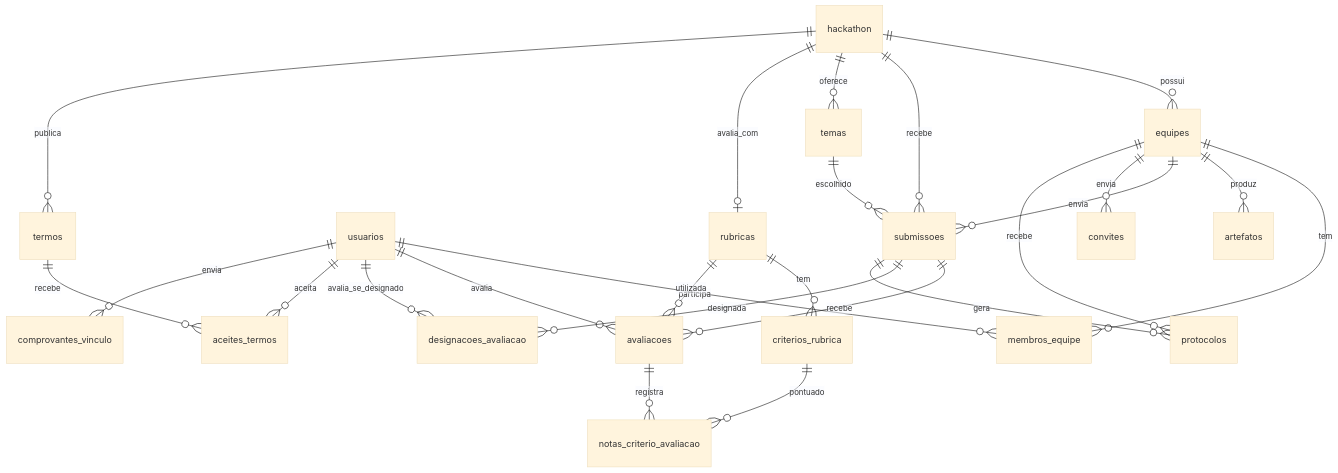
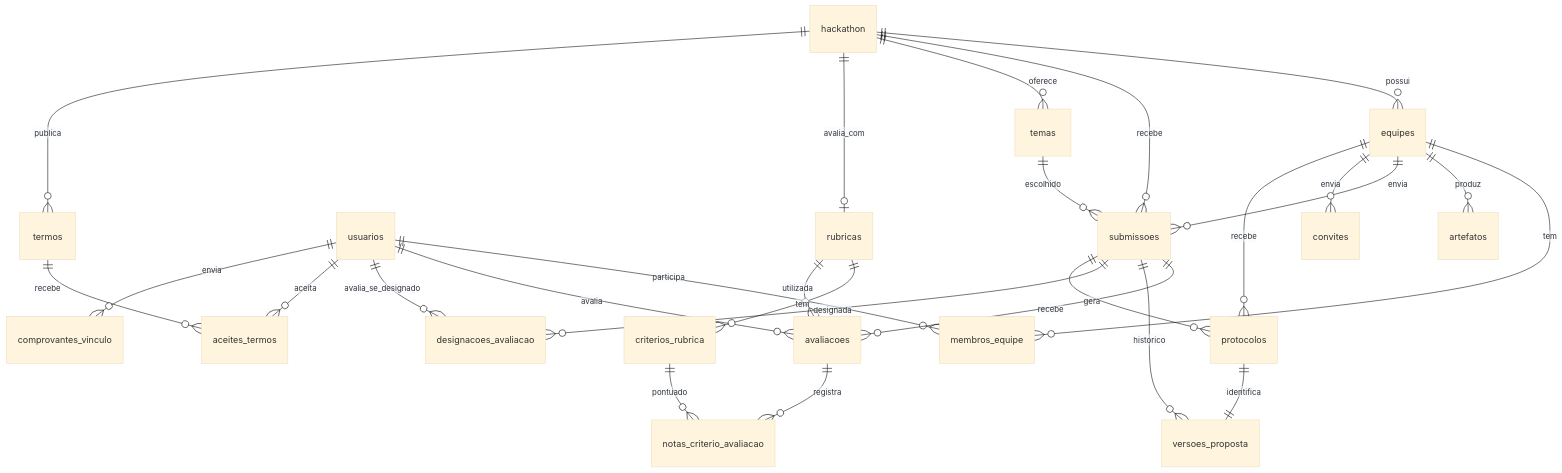
One commit to Hackathon-UFPA/hackathon_backend changed the diagram in docs/banco-de-dados.md. Above: the diagram before and after it, drawn with Mermaid (base theme). The commit also changed other lines of this file and 3 other files, not shown here.

````diff
--- a/docs/banco-de-dados.md
+++ b/docs/banco-de-dados.md
@@ -11,27 +11,29 @@
 ```mermaid
 erDiagram
     hackathon ||--o{ equipes : possui
     hackathon ||--o{ submissoes : recebe
     equipes ||--o{ membros_equipe : tem
     usuarios ||--o{ membros_equipe : participa
     equipes ||--o{ artefatos : produz
     equipes ||--o{ submissoes : envia
     submissoes ||--o{ avaliacoes : recebe
+    submissoes ||--o{ versoes_proposta : historico
+    protocolos ||--|| versoes_proposta : identifica
     usuarios ||--o{ avaliacoes : avalia
     submissoes ||--o{ designacoes_avaliacao : designada
     usuarios ||--o{ designacoes_avaliacao : avalia_se_designado
     hackathon ||--o{ temas : oferece
     temas ||--o{ submissoes : escolhido
     hackathon ||--o| rubricas : avalia_com
     rubricas ||--o{ criterios_rubrica : tem
     rubricas ||--o{ avaliacoes : utilizada
     avaliacoes ||--o{ notas_criterio_avaliacao : registra
     criterios_rubrica ||--o{ notas_criterio_avaliacao : pontuado
     equipes ||--o{ convites : envia
     hackathon ||--o{ termos : publica
     termos ||--o{ aceites_termos : recebe
     usuarios ||--o{ aceites_termos : aceita
     usuarios ||--o{ comprovantes_vinculo : envia
     equipes ||--o{ protocolos : recebe
     submissoes ||--o{ protocolos : gera
 ```
````
